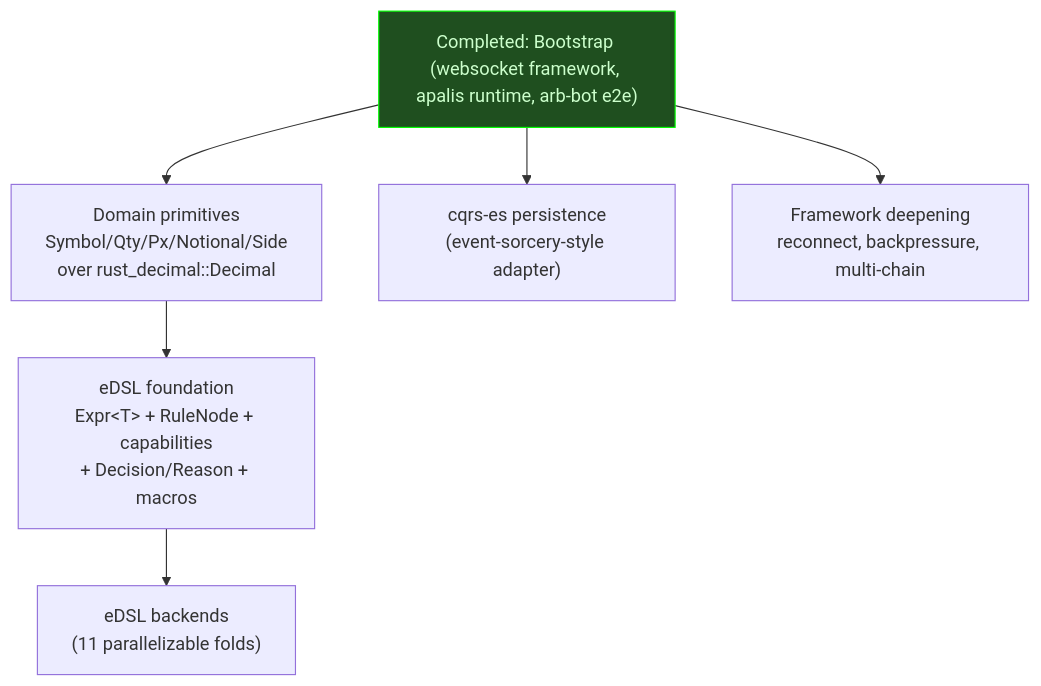
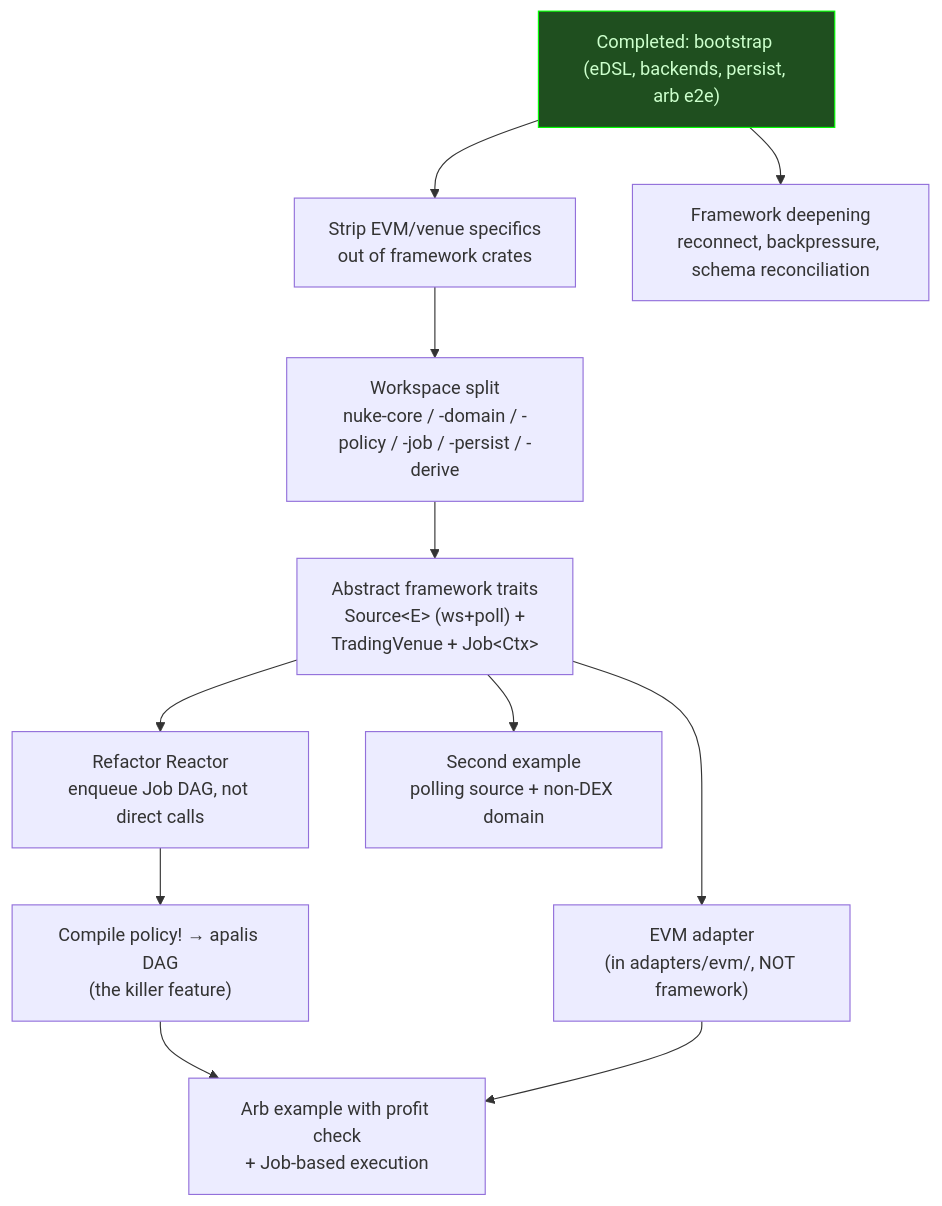
One commit to 0xgleb/nuke-rs changed the diagram in ROADMAP.md. Above: the diagram before and after it, drawn with Mermaid. The commit also changed other lines of this file and 3 other files, not shown here.

Commit message:
Document general-purpose framework architecture (CLAUDE.md, docs/architecture.md, README, ROADMAP)

````diff
--- a/ROADMAP.md
+++ b/ROADMAP.md
@@ -9,19 +13,30 @@
 ```mermaid
 graph TD
-    Bootstrap["Completed: Bootstrap (websocket framework, apalis runtime, arb-bot e2e)"]:::done
+    Bootstrap["Completed: bootstrap (eDSL, backends, persist, arb e2e)"]:::done
 
-    DomainPrimitives["Domain primitives<br/>Symbol/Qty/Px/Notional/Side<br/>over rust_decimal::Decimal"]
-    EdslFoundation["eDSL foundation<br/>Expr&lt;T&gt; + RuleNode + capabilities<br/>+ Decision/Reason + macros"]
-    EdslBackends["eDSL backends<br/>(11 parallelizable folds)"]
+    StripVenue["Strip EVM/venue specifics<br/>out of framework crates"]
+    WorkspaceSplit["Workspace split<br/>nuke-core / -domain / -policy / -job / -persist / -derive"]
 
-    Persistence["cqrs-es persistence<br/>(event-sorcery-style adapter)"]
-    FrameworkDeepening["Framework deepening<br/>reconnect, backpressure, multi-chain"]
+    AbstractTraits["Abstract framework traits<br/>Source&lt;E&gt; (ws+poll) +<br/>TradingVenue + Job&lt;Ctx&gt;"]
+    ReactorRefactor["Refactor Reactor<br/>enqueue Job DAG, not direct calls"]
+    PolicyToDag["Compile policy! → apalis DAG<br/>(the killer feature)"]
 
-    Bootstrap --> DomainPrimitives
-    DomainPrimitives --> EdslFoundation
-    EdslFoundation --> EdslBackends
-    Bootstrap --> Persistence
+    EvmAdapter["EVM adapter<br/>(in adapters/evm/, NOT framework)"]
+    ArbBotV2["Arb example with profit check<br/>+ Job-based execution"]
+    SecondExample["Second example<br/>polling source + non-DEX domain"]
+
+    FrameworkDeepening["Framework deepening<br/>reconnect, backpressure, schema reconciliation"]
+
+    Bootstrap --> StripVenue
+    StripVenue --> WorkspaceSplit
+    WorkspaceSplit --> AbstractTraits
+    AbstractTraits --> ReactorRefactor
+    ReactorRefactor --> PolicyToDag
+    AbstractTraits --> EvmAdapter
+    PolicyToDag --> ArbBotV2
+    EvmAdapter --> ArbBotV2
+    AbstractTraits --> SecondExample
     Bootstrap --> FrameworkDeepening
 
     classDef done fill:#1f4f1f,stroke:#0f0,color:#cfc
 ```
````
